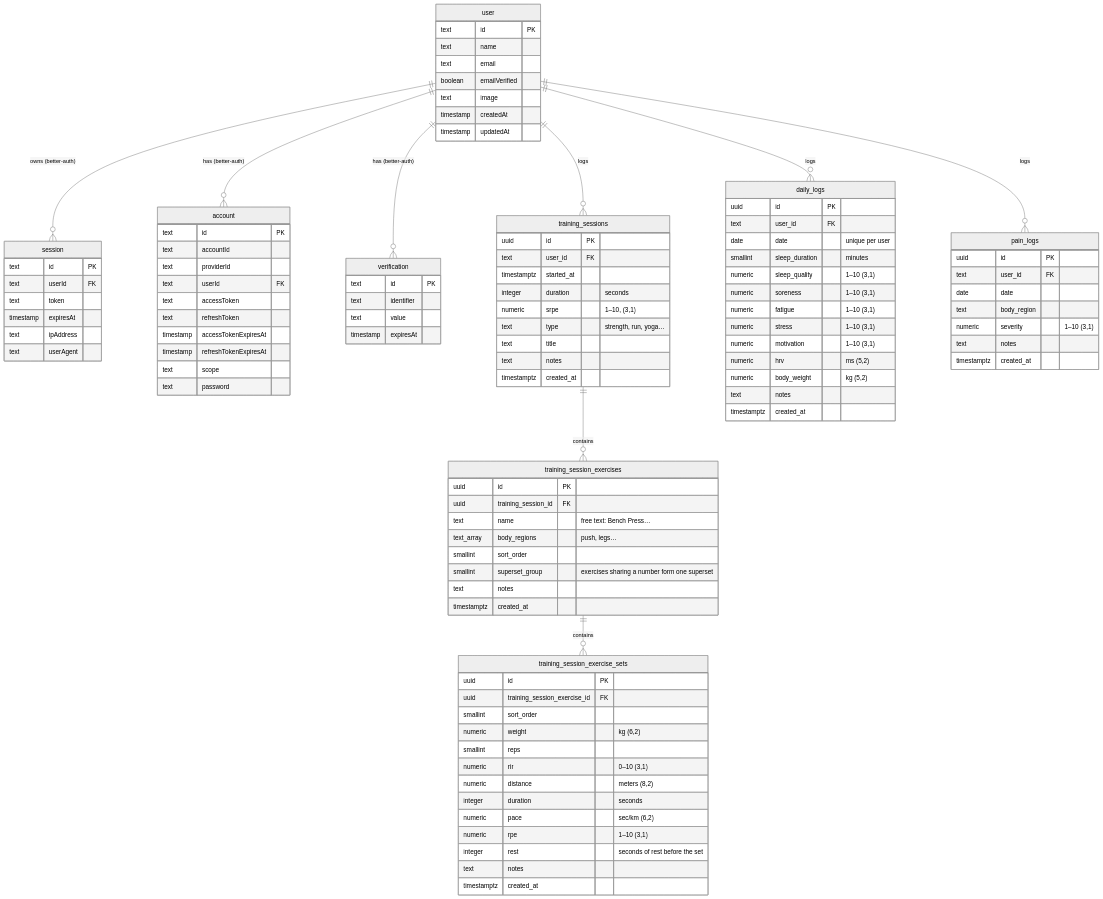
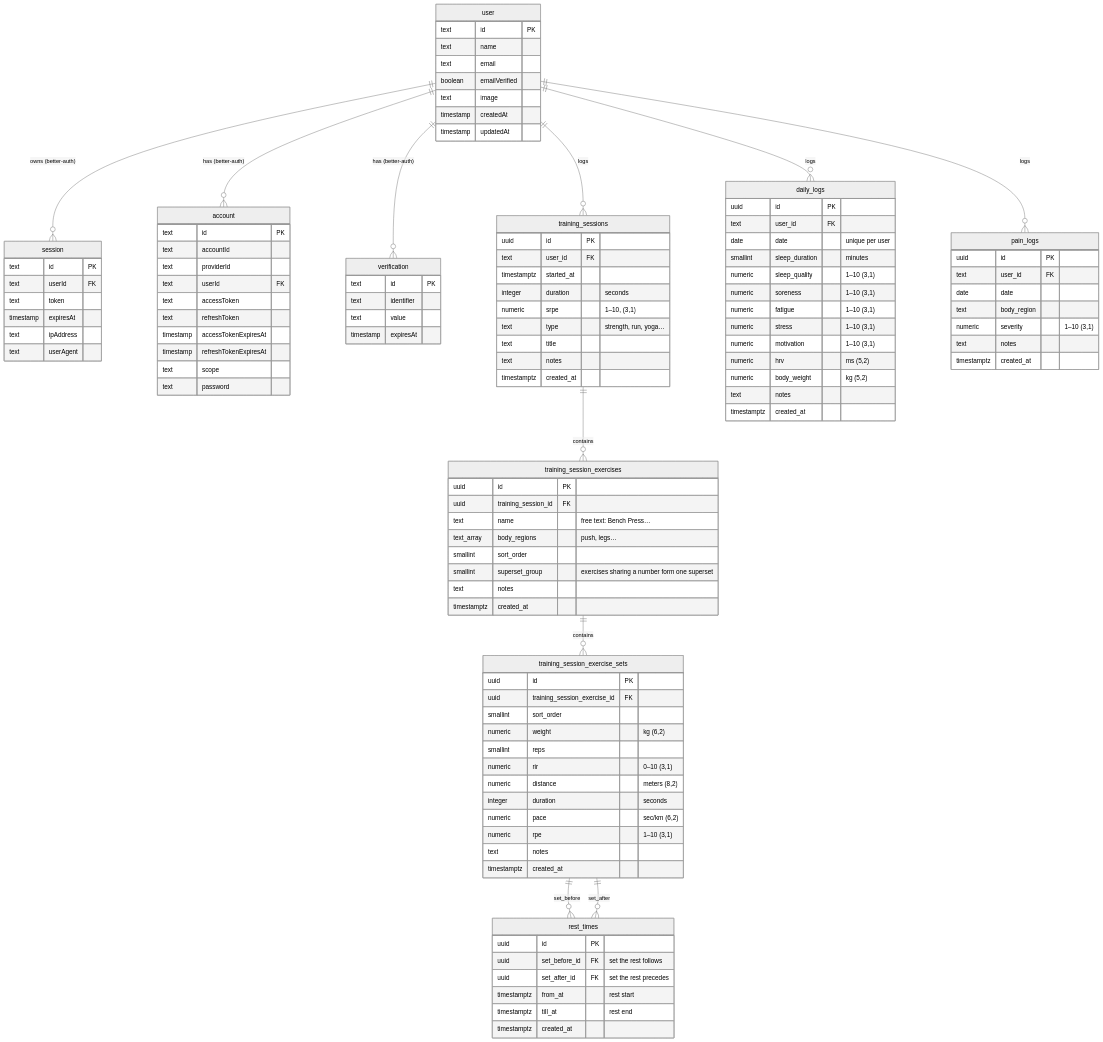
One commit to stuurlau/wot changed the diagram in docs/erd.md. Above: the diagram before and after it, drawn with Mermaid (neutral theme). The commit also changed 4 other files, not shown here.

First line of the commit message:
docs: rest_times table and rir/rpe intensity flip

```diff
--- a/docs/erd.md
+++ b/docs/erd.md
@@ -13,6 +13,8 @@
     user ||--o{ pain_logs : "logs"
     training_sessions ||--o{ training_session_exercises : "contains"
     training_session_exercises ||--o{ training_session_exercise_sets : "contains"
+    training_session_exercise_sets ||--o{ rest_times : "set_before"
+    training_session_exercise_sets ||--o{ rest_times : "set_after"
 
     user {
         text id PK
@@ -87,8 +89,16 @@
         integer duration "seconds"
         numeric pace "sec/km (6,2)"
         numeric rpe "1–10 (3,1)"
-        integer rest "seconds of rest before the set"
         text notes
+        timestamptz created_at
+    }
+
+    rest_times {
+        uuid id PK
+        uuid set_before_id FK "set the rest follows"
+        uuid set_after_id FK "set the rest precedes"
+        timestamptz from_at "rest start"
+        timestamptz till_at "rest end"
         timestamptz created_at
     }
 
```
